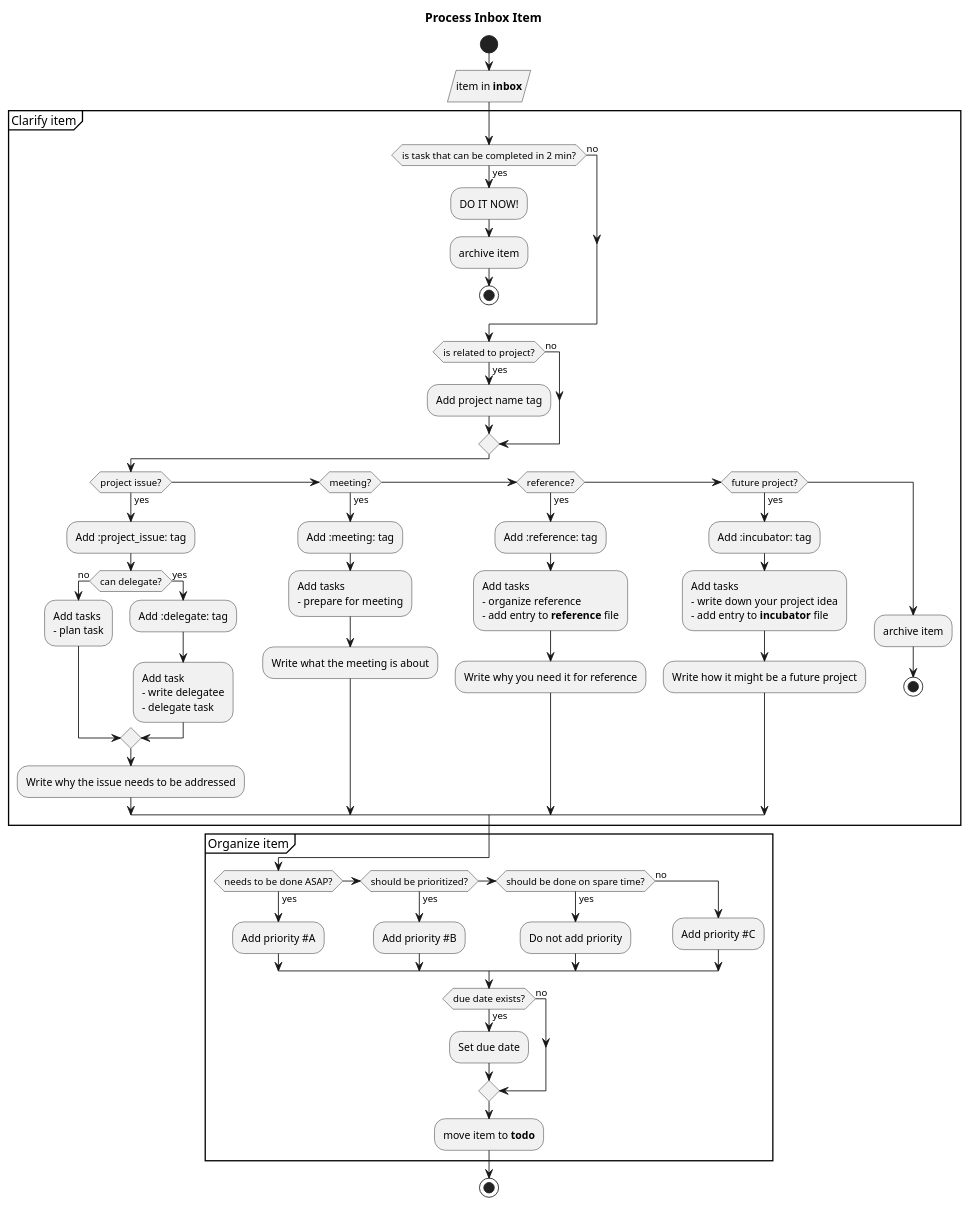
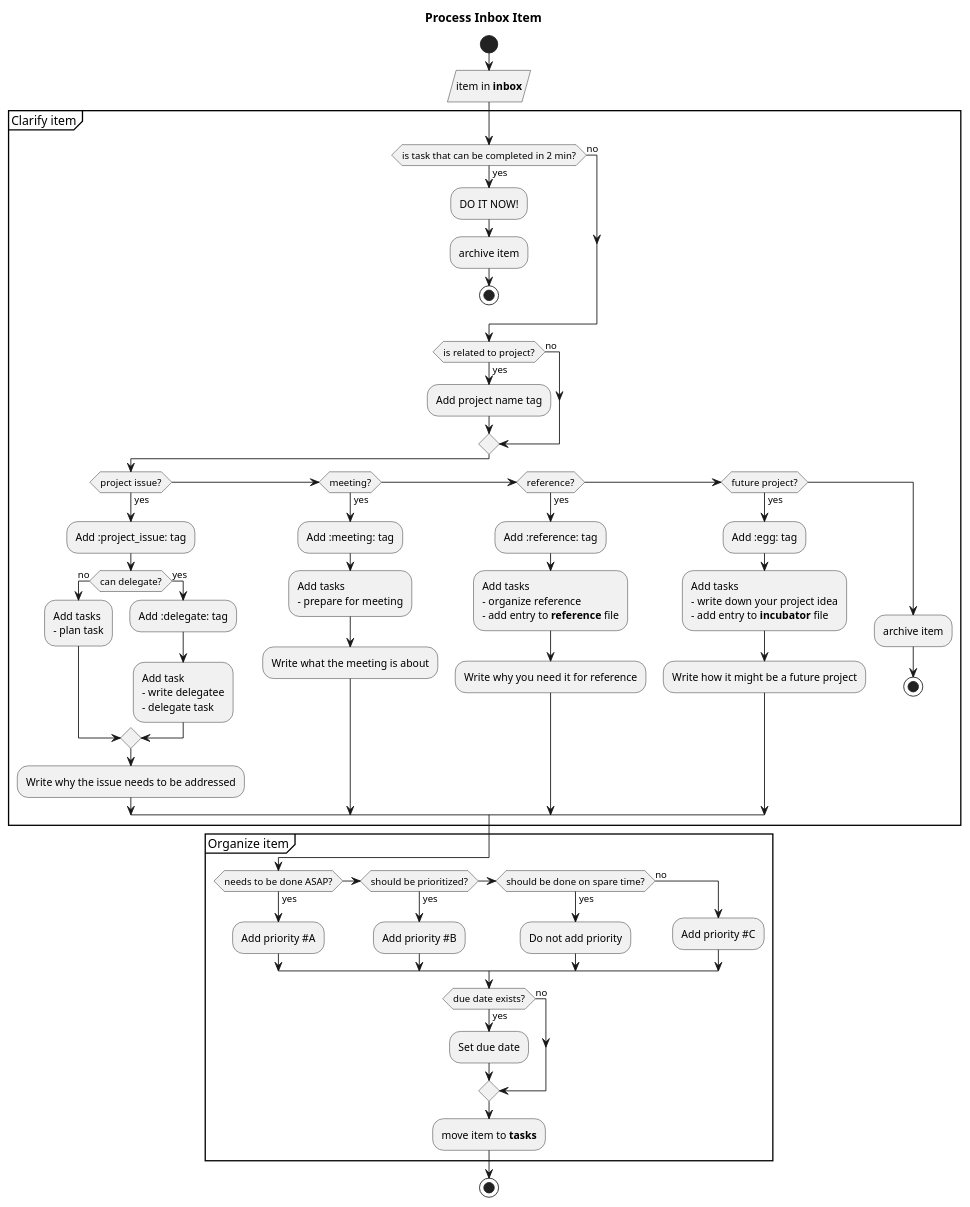
The third of 4 diagrams in emacs/org-mode/config.org (genenakagaki/myconfig), drawn with PlantUML before and after one commit. The commit also changed other lines of this file and 1 other file, not shown here.

```diff
--- a/emacs/org-mode/config.org
+++ b/emacs/org-mode/config.org
@@ -252,76 +254,76 @@
 #+begin_src plantuml :tangle no :file workflow-process-inbox-item.png
   @startuml
   title Process Inbox Item
   start
   :item in **inbox**/
 
 
   partition "Clarify item" {
           if (is task that can be completed in 2 min?) then (no)
           else (yes)
                   :DO IT NOW!;
                   :archive item;
                   stop
           endif
 
           if (is related to project?) then (no)
           else (yes)
                   :Add project name tag;
           endif
 
           if (project issue?) then (yes) 
                   :Add :project_issue: tag;
                   if (can delegate?) then (no)
                           :Add tasks
                           - plan task;
                   else (yes)
                           :Add :delegate: tag;
                           :Add task
                           - write delegatee
                           - delegate task;
                   endif
                   :Write why the issue needs to be addressed;
           elseif (meeting?) then (yes)
                   :Add :meeting: tag;
                   :Add tasks
                   - prepare for meeting;
                   :Write what the meeting is about;
           elseif (reference?) then (yes)
                   :Add :reference: tag;
                   :Add tasks
                   - organize reference
                   - add entry to **reference** file;
                   :Write why you need it for reference;
           elseif (future project?) then (yes)
-                  :Add :incubator: tag;
+                  :Add :egg: tag;
                   :Add tasks
                   - write down your project idea
                   - add entry to **incubator** file;
                   :Write how it might be a future project;
           else
                   :archive item;
                   stop
           endif
   }
 
   partition "Organize item" {
           if (needs to be done ASAP?) then (yes)
                   :Add priority #A;
           elseif (should be prioritized?) then (yes)
                   :Add priority #B;
           elseif (should be done on spare time?) then (yes)
                   :Do not add priority;
           else (no)
                   :Add priority #C;
           endif
 
           if (due date exists?) then (no)
           else (yes)
                   :Set due date;
           endif
 
-          :move item to **todo**;
+          :move item to **tasks**;
   }
   stop
   @enduml
 #+end_src
```
